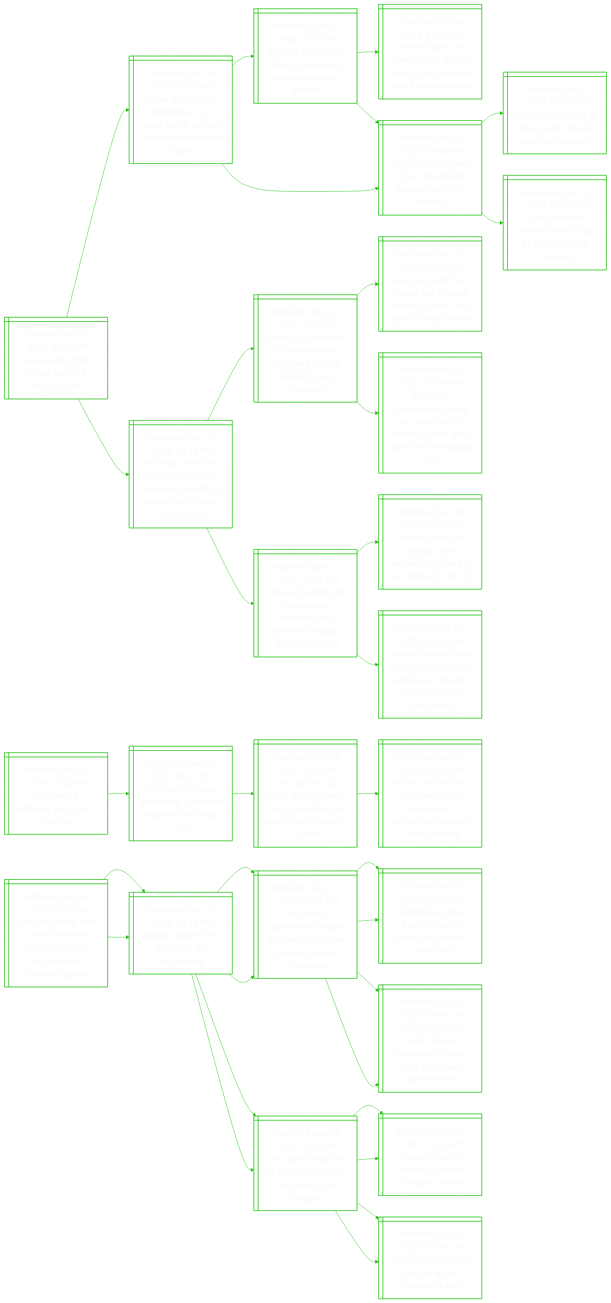
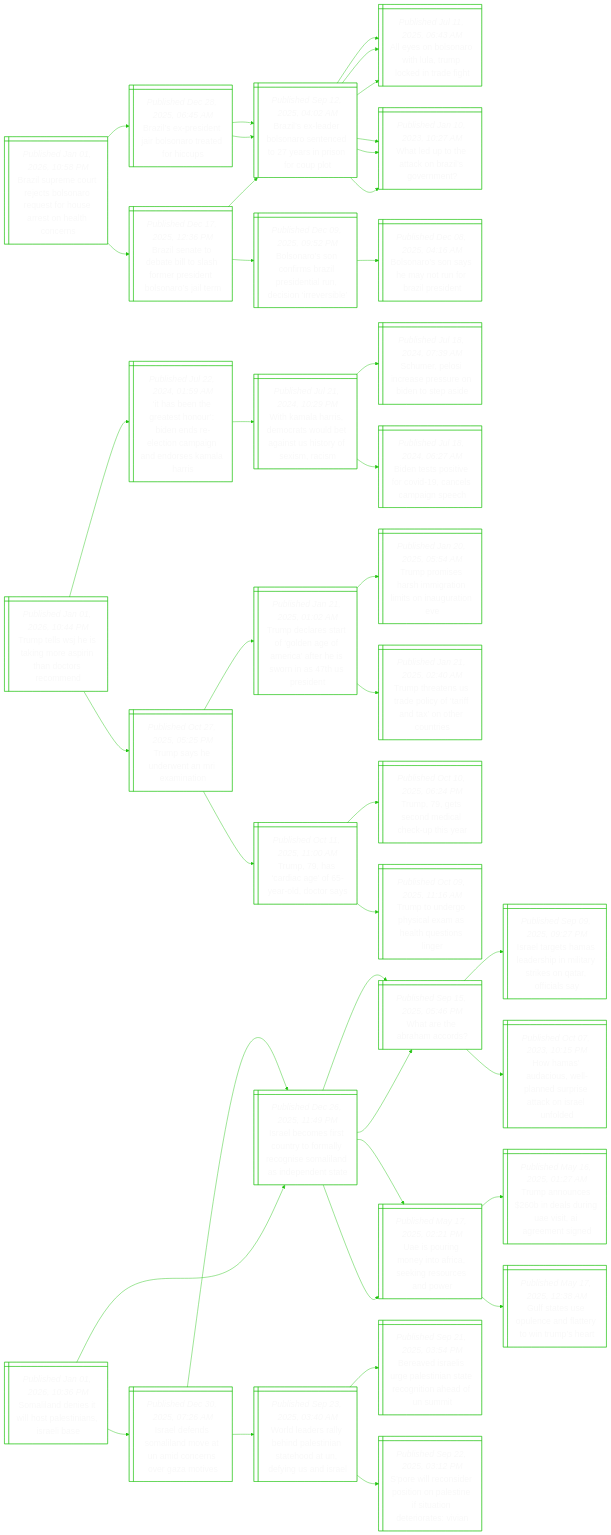
The diagram in README.md (notJmes/notJmes), drawn with Mermaid before and after one commit. The commit also changed other lines of this file, not shown here.

````diff
--- a/README.md
+++ b/README.md
@@ -16,109 +16,130 @@
 flowchart LR
 classDef txtsize font-size:20px;
 
-IlilrnOa@{ shape: win-pane, label: "_Published Jan 01, 2026, 06:49 PM_
-Israel says it will enforce ban on 37 ngos in gaza" }
-Ilnttotcbiddpnu@{ shape: win-pane, label: "_Published Dec 24, 2025, 11:53 PM_
-Israel green lights contentious oct 7 attack probe, families demand independent inquiry" }
-Ilvinviddrdy@{ shape: win-pane, label: "_Published Dec 25, 2025, 01:52 AM_
-Israel to invest $140 billion in developing independent arms industry" }
-Sbsrcdnacaale@{ shape: win-pane, label: "_Published Oct 08, 2023, 12:45 AM_
-‘sea of bodies’ in israel, scores dead in gaza as shock hamas attack unleashes war" }
-Ilnwbosealcy@{ shape: win-pane, label: "_Published Dec 23, 2025, 08:04 PM_
-Israel extends power to ban broadcasts deemed harmful to security" }
-Ilnwbosealcy@{ shape: win-pane, label: "_Published Dec 23, 2025, 08:04 PM_
-Israel extends power to ban broadcasts deemed harmful to security" }
-Nyutteffraa@{ shape: win-pane, label: "_Published Apr 01, 2024, 09:57 PM_
-Netanyahu pushes to shut israeli office of qatar’s al jazeera tv" }
-Ilnnrtyzaho@{ shape: win-pane, label: "_Published Dec 23, 2025, 07:54 PM_
-Israel defence minister vows to stay in gaza, establish outposts" }
-NpyosbSphdtnlnm@{ shape: win-pane, label: "_Published Dec 31, 2025, 03:15 PM_
-No happy new year for those hit by war; singapore should do what it can to help: shanmugam" }
-AvtheeSpoesast@{ shape: win-pane, label: "_Published Dec 20, 2025, 11:05 AM_
-About 200 volunteers hit the streets of singapore to raise funds for gaza residents" }
-Goefeiimccybnor@{ shape: win-pane, label: "_Published Dec 19, 2025, 08:11 PM_
-Gaza no longer has famine but situation remains critical, says global hunger monitor" }
-SputnpeenaGaedii@{ shape: win-pane, label: "_Published Nov 17, 2024, 07:00 PM_
-Singapore humanitarian group has sent over 50 tonnes of aid to gaza, launches fund-raising drive" }
-WcehaavnpsUBTR@{ shape: win-pane, label: "_Published Dec 27, 2025, 12:15 PM_
-Woman charged with vandalism at salvation army premises in upper bukit timah road" }
-Wldloyaiebrn@{ shape: win-pane, label: "_Published Dec 26, 2025, 10:20 PM_
-Woman linked to salvation army vandalism incident to be charged on dec 27" }
-Wattaidlhsloyinth@{ shape: win-pane, label: "_Published Dec 25, 2025, 04:21 PM_
-Woman arrested after graffiti found on walls, vehicles at salvation army premises in bukit timah" }
+BleujBnetorolns@{ shape: win-pane, label: "_Published Jan 01, 2026, 10:58 PM_
+Brazil supreme court rejects bolsonaro request for house arrest on health concerns" }
+BlteBohestost@{ shape: win-pane, label: "_Published Dec 17, 2025, 12:36 PM_
+Brazil senate to debate bill to slash former president  bolsonaro’s jail term" }
+BleBnecyisrp@{ shape: win-pane, label: "_Published Sep 12, 2025, 04:02 AM_
+Brazil’s ex-leader bolsonaro sentenced to 27 years in prison for coup plot" }
+Aeoataperi@{ shape: win-pane, label: "_Published Jul 11, 2025, 06:43 AM_
+All eyes on bolsonaro with lula, trump locked in trade fight" }
+Weotozom@{ shape: win-pane, label: "_Published Jan 10, 2023, 10:27 AM_
+What led up to the attack on brazil’s government?" }
+Bnsnsistuiiel@{ shape: win-pane, label: "_Published Dec 09, 2025, 09:52 PM_
+Bolsonaro’s son confirms brazil presidential run, decision ‘irreversible’" }
+Bnsyarrist@{ shape: win-pane, label: "_Published Dec 08, 2025, 04:16 AM_
+Bolsonaro’s son says he may not run for brazil president" }
+Blreisotru@{ shape: win-pane, label: "_Published Dec 28, 2025, 06:45 AM_
+Brazil’s ex-president jair bolsonaro treated for hiccups" }
+BleBnecyisrp@{ shape: win-pane, label: "_Published Sep 12, 2025, 04:02 AM_
+Brazil’s ex-leader bolsonaro sentenced to 27 years in prison for coup plot" }
+Aeoataperi@{ shape: win-pane, label: "_Published Jul 11, 2025, 06:43 AM_
+All eyes on bolsonaro with lula, trump locked in trade fight" }
+Weotozom@{ shape: win-pane, label: "_Published Jan 10, 2023, 10:27 AM_
+What led up to the attack on brazil’s government?" }
+BleBnecyisrp@{ shape: win-pane, label: "_Published Sep 12, 2025, 04:02 AM_
+Brazil’s ex-leader bolsonaro sentenced to 27 years in prison for coup plot" }
+Aeoataperi@{ shape: win-pane, label: "_Published Jul 11, 2025, 06:43 AM_
+All eyes on bolsonaro with lula, trump locked in trade fight" }
+Weotozom@{ shape: win-pane, label: "_Published Jan 10, 2023, 10:27 AM_
+What led up to the attack on brazil’s government?" }
 
-IlilrnOa:::txtsize --> Ilnttotcbiddpnu:::txtsize
-Ilnttotcbiddpnu:::txtsize --> Ilvinviddrdy:::txtsize
-Ilvinviddrdy:::txtsize --> Sbsrcdnacaale:::txtsize
-Ilvinviddrdy:::txtsize --> Ilnwbosealcy:::txtsize
-Ilnttotcbiddpnu:::txtsize --> Ilnwbosealcy:::txtsize
-Ilnwbosealcy:::txtsize --> Nyutteffraa:::txtsize
-Ilnwbosealcy:::txtsize --> Ilnnrtyzaho:::txtsize
-IlilrnOa:::txtsize --> NpyosbSphdtnlnm:::txtsize
-NpyosbSphdtnlnm:::txtsize --> AvtheeSpoesast:::txtsize
-AvtheeSpoesast:::txtsize --> Goefeiimccybnor:::txtsize
-AvtheeSpoesast:::txtsize --> SputnpeenaGaedii:::txtsize
-NpyosbSphdtnlnm:::txtsize --> WcehaavnpsUBTR:::txtsize
-WcehaavnpsUBTR:::txtsize --> Wldloyaiebrn:::txtsize
-WcehaavnpsUBTR:::txtsize --> Wattaidlhsloyinth:::txtsize
+BleujBnetorolns:::txtsize --> BlteBohestost:::txtsize
+BlteBohestost:::txtsize --> BleBnecyisrp:::txtsize
+BleBnecyisrp:::txtsize --> Aeoataperi:::txtsize
+BleBnecyisrp:::txtsize --> Weotozom:::txtsize
+BlteBohestost:::txtsize --> Bnsnsistuiiel:::txtsize
+Bnsnsistuiiel:::txtsize --> Bnsyarrist:::txtsize
+BleujBnetorolns:::txtsize --> Blreisotru:::txtsize
+Blreisotru:::txtsize --> BleBnecyisrp:::txtsize
+BleBnecyisrp:::txtsize --> Aeoataperi:::txtsize
+BleBnecyisrp:::txtsize --> Weotozom:::txtsize
+Blreisotru:::txtsize --> BleBnecyisrp:::txtsize
+BleBnecyisrp:::txtsize --> Aeoataperi:::txtsize
+BleBnecyisrp:::txtsize --> Weotozom:::txtsize
 
-Taieooi@{ shape: win-pane, label: "_Published Jan 01, 2026, 06:30 PM_
-They want to influence you to do… nothing" }
-Igntygckhwce@{ shape: win-pane, label: "_Published Dec 01, 2025, 06:21 PM_
-In an age of instant everything, postcards keep the slow magic alive" }
-Plyaaaadaeisl@{ shape: win-pane, label: "_Published Oct 24, 2025, 01:15 PM_
-Pen pals for 43 years, a singaporean and a canadian had never met in person – till now" }
-TeleSslrtegntgt@{ shape: win-pane, label: "_Published May 15, 2025, 12:15 PM_
-‘tell her you like her’: the s’pore social experiment connecting strangers through letters" }
+TtWiirihcrm@{ shape: win-pane, label: "_Published Jan 01, 2026, 10:44 PM_
+Trump tells wsj he is taking more aspirin than doctors recommend" }
+IbhahrnrccidraHs@{ shape: win-pane, label: "_Published Jul 22, 2024, 01:59 AM_
+‘it has been the greatest honour’: biden ends re-election campaign and endorses kamala harris" }
+WaHscwbaUtfsi@{ shape: win-pane, label: "_Published Jul 21, 2024, 10:29 PM_
+With kamala harris, democrats would bet against us history of sexism, racism" }
+Seocesnned@{ shape: win-pane, label: "_Published Jul 18, 2024, 07:39 AM_
+Schumer, pelosi increase pressure on biden to step aside" }
+Btpirdemnc@{ shape: win-pane, label: "_Published Jul 18, 2024, 06:27 AM_
+Biden tests positive for covid-19, cancels campaign speech" }
+Tseraenn@{ shape: win-pane, label: "_Published Oct 27, 2025, 05:25 PM_
+Trump says he underwent an mri examination" }
+TdragnfitirsPd@{ shape: win-pane, label: "_Published Jan 21, 2025, 01:02 AM_
+Trump declares start of ‘golden age of america’ after he is sworn in as 47th us president" }
+Tpsrmtioutv@{ shape: win-pane, label: "_Published Jan 20, 2025, 05:54 AM_
+Trump promises harsh immigration limits on inauguration eve" }
+TttSecaaxhue@{ shape: win-pane, label: "_Published Jan 21, 2025, 02:40 AM_
+Trump threatens us trade policy of ‘tariff and tax’ on other countries" }
+Thraylty@{ shape: win-pane, label: "_Published Oct 11, 2025, 11:00 AM_
+Trump, 79, has ‘cardiac age’ of 65-year-old, doctor says" }
+Tgemacha@{ shape: win-pane, label: "_Published Oct 10, 2025, 06:24 PM_
+Trump, 79, gets second medical check-up this year" }
+Ttehamauon@{ shape: win-pane, label: "_Published Oct 09, 2025, 11:16 AM_
+Trump to undergo physical exam as health questions linger" }
 
-Taieooi:::txtsize --> Igntygckhwce:::txtsize
-Igntygckhwce:::txtsize --> Plyaaaadaeisl:::txtsize
-Plyaaaadaeisl:::txtsize --> TeleSslrtegntgt:::txtsize
+TtWiirihcrm:::txtsize --> IbhahrnrccidraHs:::txtsize
+IbhahrnrccidraHs:::txtsize --> WaHscwbaUtfsi:::txtsize
+WaHscwbaUtfsi:::txtsize --> Seocesnned:::txtsize
+WaHscwbaUtfsi:::txtsize --> Btpirdemnc:::txtsize
+TtWiirihcrm:::txtsize --> Tseraenn:::txtsize
+Tseraenn:::txtsize --> TdragnfitirsPd:::txtsize
+TdragnfitirsPd:::txtsize --> Tpsrmtioutv:::txtsize
+TdragnfitirsPd:::txtsize --> TttSecaaxhue:::txtsize
+Tseraenn:::txtsize --> Thraylty:::txtsize
+Thraylty:::txtsize --> Tgemacha:::txtsize
+Thraylty:::txtsize --> Ttehamauon:::txtsize
 
-BrierpfmooBiCtae@{ shape: win-pane, label: "_Published Jan 01, 2026, 06:19 PM_
-Bulgaria joining euro area is powerful symbol for europe: ecb president christine lagarde" }
-Brouirna@{ shape: win-pane, label: "_Published Dec 28, 2025, 04:15 PM_
-Bulgaria adopts euro amid fear and uncertainty" }
-Bromesrsrrtiot@{ shape: win-pane, label: "_Published Dec 11, 2025, 08:58 PM_
-Bulgarian government resigns after weeks of street protests against corruption" }
-BrcsbaefUnt@{ shape: win-pane, label: "_Published Jul 08, 2025, 08:35 PM_
-Bulgaria becomes 21st member to adopt euro after eu green light" }
-Gillepsairyoacs@{ shape: win-pane, label: "_Published Oct 05, 2025, 09:06 AM_
-Georgian police clash, detain protesters as ruling party says it won local elections" }
-EeatsesPmna@{ shape: win-pane, label: "_Published Sep 01, 2025, 07:39 PM_
-Eu chief’s plane hit by suspected russian gps jamming in bulgaria" }
-DsruasvUn@{ shape: win-pane, label: "_Published Feb 24, 2022, 11:01 AM_
-'darkest hours of europe' as russia invades ukraine" }
-Apapoeafe@{ shape: win-pane, label: "_Published Aug 22, 2025, 05:00 AM_
-A trumpian game of ping pong over ukraine’s future" }
-Brouirna@{ shape: win-pane, label: "_Published Dec 28, 2025, 04:15 PM_
-Bulgaria adopts euro amid fear and uncertainty" }
-Bromesrsrrtiot@{ shape: win-pane, label: "_Published Dec 11, 2025, 08:58 PM_
-Bulgarian government resigns after weeks of street protests against corruption" }
-BrcsbaefUnt@{ shape: win-pane, label: "_Published Jul 08, 2025, 08:35 PM_
-Bulgaria becomes 21st member to adopt euro after eu green light" }
-Gillepsairyoacs@{ shape: win-pane, label: "_Published Oct 05, 2025, 09:06 AM_
-Georgian police clash, detain protesters as ruling party says it won local elections" }
-EeatsesPmna@{ shape: win-pane, label: "_Published Sep 01, 2025, 07:39 PM_
-Eu chief’s plane hit by suspected russian gps jamming in bulgaria" }
-DsruasvUn@{ shape: win-pane, label: "_Published Feb 24, 2022, 11:01 AM_
-'darkest hours of europe' as russia invades ukraine" }
-Apapoeafe@{ shape: win-pane, label: "_Published Aug 22, 2025, 05:00 AM_
-A trumpian game of ping pong over ukraine’s future" }
+Sidsltsarb@{ shape: win-pane, label: "_Published Jan 01, 2026, 10:36 PM_
+Somaliland denies it will host palestinians, israeli base" }
+Ilmrutmrnolspnt@{ shape: win-pane, label: "_Published Dec 26, 2025, 11:49 PM_
+Israel becomes first country to formally recognise somaliland as independent state" }
+WrAao@{ shape: win-pane, label: "_Published Sep 15, 2025, 05:46 PM_
+What are the abraham accords?" }
+Ilemahmaroais@{ shape: win-pane, label: "_Published Sep 09, 2025, 09:27 PM_
+Israel targets hamas leadership in military strikes on qatar, officials say" }
+Hmdulnrecsud@{ shape: win-pane, label: "_Published Oct 07, 2023, 10:15 PM_
+How hamas’ audacious, well-planned surprise attack on israel unfolded" }
+Upneockecdr@{ shape: win-pane, label: "_Published May 17, 2025, 02:21 PM_
+Uae is pouring money into africa, seeking resources and power" }
+TaniliEtrnn@{ shape: win-pane, label: "_Published May 16, 2025, 01:27 AM_
+Trump announces $260b in deals during uae visit, ai agreement signed" }
+Gtuuelrima@{ shape: win-pane, label: "_Published May 17, 2025, 12:38 AM_
+Gulf states use opulence and flattery to win trump’s heart" }
+IlnmavNcreav@{ shape: win-pane, label: "_Published Dec 30, 2025, 07:26 AM_
+Israel defends somaliland move at un amid concerns over gaza motives" }
+Ilmrutmrnolspnt@{ shape: win-pane, label: "_Published Dec 26, 2025, 11:49 PM_
+Israel becomes first country to formally recognise somaliland as independent state" }
+WrAao@{ shape: win-pane, label: "_Published Sep 15, 2025, 05:46 PM_
+What are the abraham accords?" }
+Upneockecdr@{ shape: win-pane, label: "_Published May 17, 2025, 02:21 PM_
+Uae is pouring money into africa, seeking resources and power" }
+WlrlilntoUySs@{ shape: win-pane, label: "_Published Sep 23, 2025, 03:40 AM_
+World leaders rally behind palestinian statehood at un, defying us and israel" }
+BvrsPtnegoaNi@{ shape: win-pane, label: "_Published Sep 21, 2025, 03:54 PM_
+Bereaved israelis urge palestinian state recognition ahead of un summit" }
+Sweiooaisteosa@{ shape: win-pane, label: "_Published Sep 22, 2025, 03:12 PM_
+S’pore will reconsider position on palestine if situation deteriorates: vivian" }
 
-BrierpfmooBiCtae:::txtsize --> Brouirna:::txtsize
-Brouirna:::txtsize --> Bromesrsrrtiot:::txtsize
-Bromesrsrrtiot:::txtsize --> BrcsbaefUnt:::txtsize
-Bromesrsrrtiot:::txtsize --> Gillepsairyoacs:::txtsize
-Brouirna:::txtsize --> EeatsesPmna:::txtsize
-EeatsesPmna:::txtsize --> DsruasvUn:::txtsize
-EeatsesPmna:::txtsize --> Apapoeafe:::txtsize
-BrierpfmooBiCtae:::txtsize --> Brouirna:::txtsize
-Brouirna:::txtsize --> Bromesrsrrtiot:::txtsize
-Bromesrsrrtiot:::txtsize --> BrcsbaefUnt:::txtsize
-Bromesrsrrtiot:::txtsize --> Gillepsairyoacs:::txtsize
-Brouirna:::txtsize --> EeatsesPmna:::txtsize
-EeatsesPmna:::txtsize --> DsruasvUn:::txtsize
-EeatsesPmna:::txtsize --> Apapoeafe:::txtsize
+Sidsltsarb:::txtsize --> Ilmrutmrnolspnt:::txtsize
+Ilmrutmrnolspnt:::txtsize --> WrAao:::txtsize
+WrAao:::txtsize --> Ilemahmaroais:::txtsize
+WrAao:::txtsize --> Hmdulnrecsud:::txtsize
+Ilmrutmrnolspnt:::txtsize --> Upneockecdr:::txtsize
+Upneockecdr:::txtsize --> TaniliEtrnn:::txtsize
+Upneockecdr:::txtsize --> Gtuuelrima:::txtsize
+Sidsltsarb:::txtsize --> IlnmavNcreav:::txtsize
+IlnmavNcreav:::txtsize --> Ilmrutmrnolspnt:::txtsize
+Ilmrutmrnolspnt:::txtsize --> WrAao:::txtsize
+Ilmrutmrnolspnt:::txtsize --> Upneockecdr:::txtsize
+IlnmavNcreav:::txtsize --> WlrlilntoUySs:::txtsize
+WlrlilntoUySs:::txtsize --> BvrsPtnegoaNi:::txtsize
+WlrlilntoUySs:::txtsize --> Sweiooaisteosa:::txtsize
 
 ```
````
